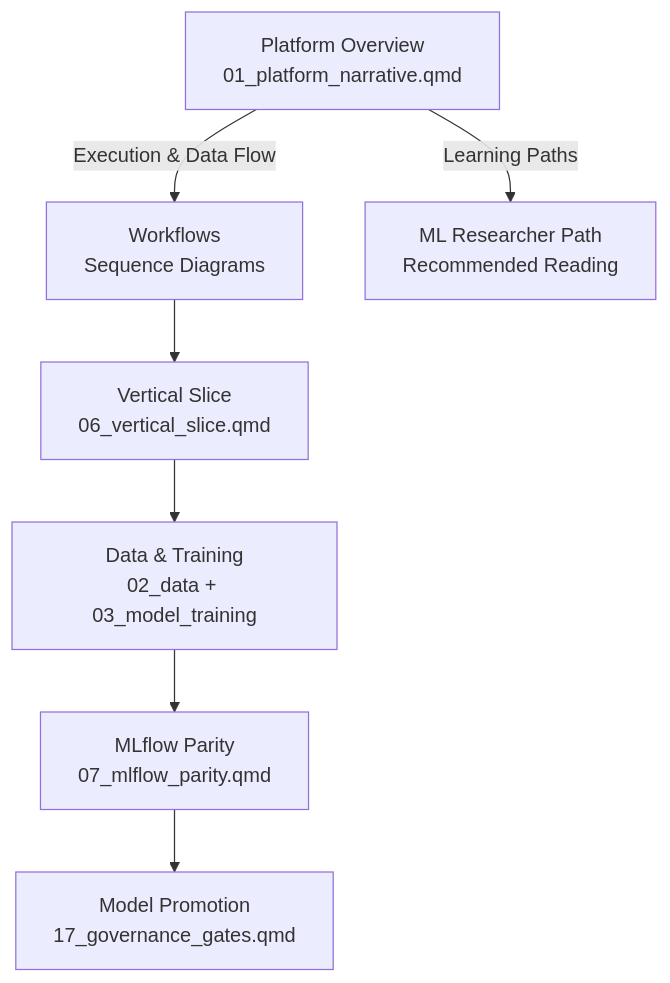
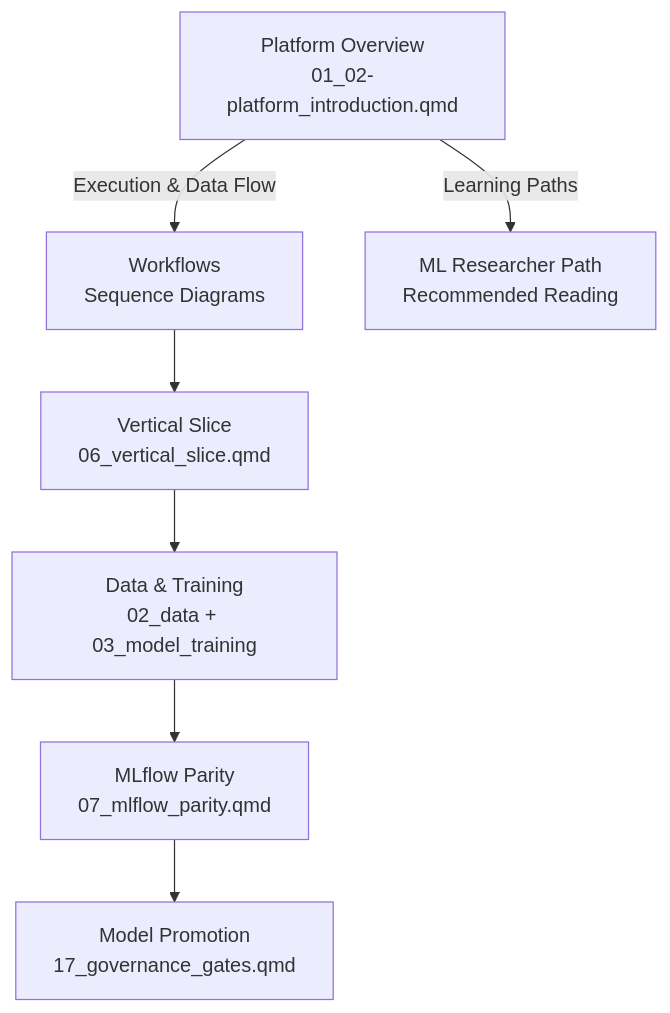
The second of 2 diagrams in nbs/01_01-getting_started.qmd (Alba-Intelligence/ML_Models_Production_Guide), drawn with Mermaid before and after one commit. The commit also changed other lines of this file and 67 other files, not shown here.

````diff
--- a/nbs/01_01-getting_started.qmd
+++ b/nbs/01_01-getting_started.qmd
@@ -39,9 +39,9 @@
 ```{mermaid}
 graph TD
-    A["Platform Overview<br/>01_platform_narrative.qmd"] -->|Execution & Data Flow| B["Workflows<br/>Sequence Diagrams"]
+    A["Platform Overview<br/>01_02-platform_introduction.qmd"] -->|Execution & Data Flow| B["Workflows<br/>Sequence Diagrams"]
     A -->|Learning Paths| C["ML Researcher Path<br/>Recommended Reading"]
     B --> D["Vertical Slice<br/>06_vertical_slice.qmd"]
     D --> E["Data & Training<br/>02_data + 03_model_training"]
     E --> F["MLflow Parity<br/>07_mlflow_parity.qmd"]
     F --> G["Model Promotion<br/>17_governance_gates.qmd"]
 ```
````
